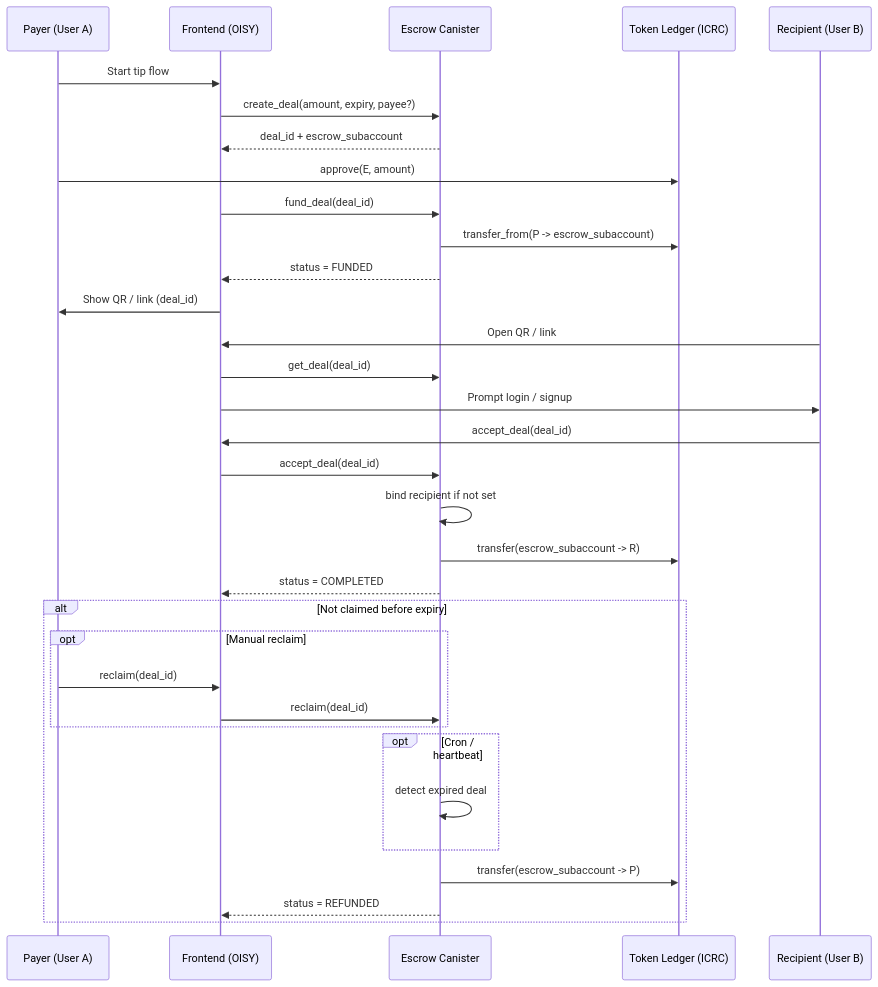
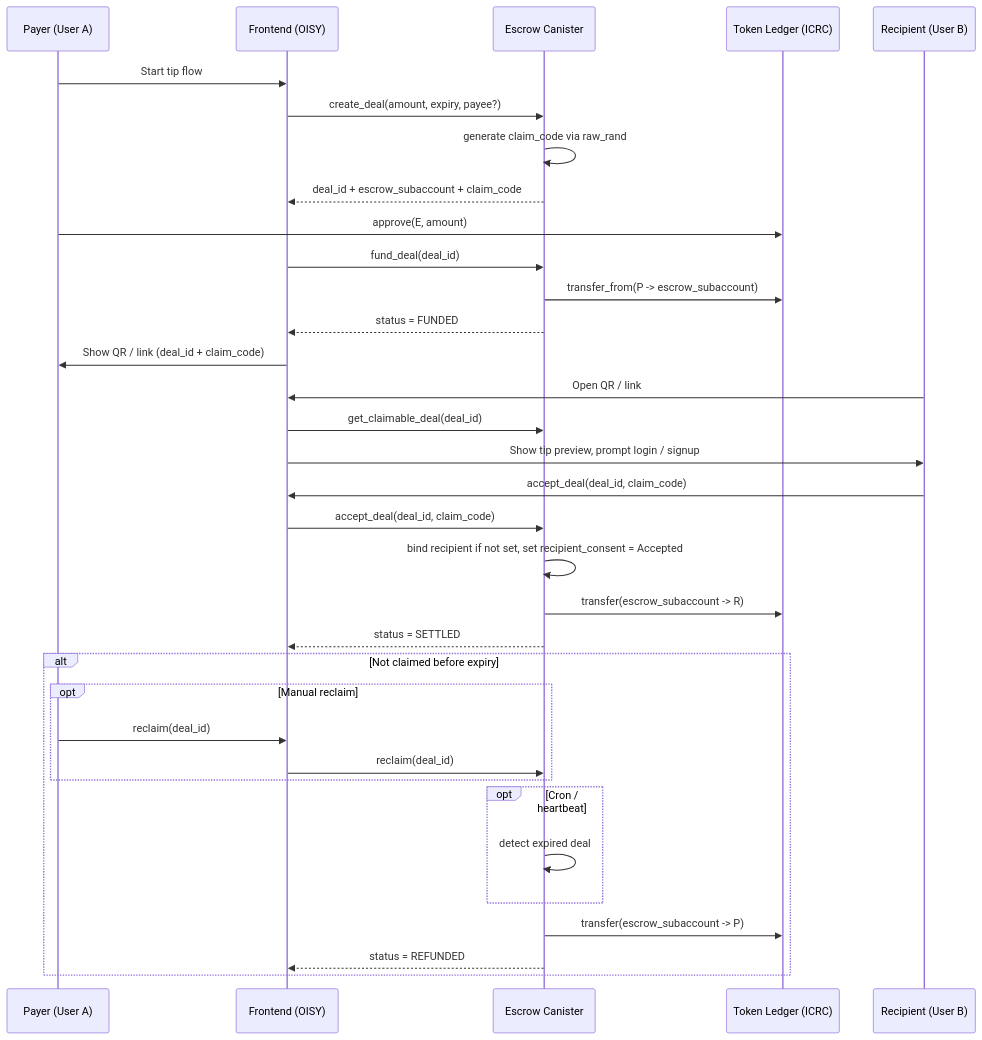
Before and after one commit to dfinity/oisy-wallet: the first of 3 diagrams in TIPS.md, drawn with Mermaid. The commit also changed other lines of this file, not shown here.

````diff
--- a/TIPS.md
+++ b/TIPS.md
@@ -32,50 +50,51 @@
 ```mermaid
 sequenceDiagram
     participant P as Payer (User A)
     participant F as Frontend (OISY)
     participant E as Escrow Canister
     participant L as Token Ledger (ICRC)
     participant R as Recipient (User B)
 
     %% --- CREATE DEAL ---
     P->>F: Start tip flow
     F->>E: create_deal(amount, expiry, payee?)
-    E-->>F: deal_id + escrow_subaccount
+    E->>E: generate claim_code via raw_rand
+    E-->>F: deal_id + escrow_subaccount + claim_code
 
     %% --- FUNDING ---
     P->>L: approve(E, amount)
     F->>E: fund_deal(deal_id)
     E->>L: transfer_from(P -> escrow_subaccount)
     E-->>F: status = FUNDED
 
     %% --- SHARE ---
-    F->>P: Show QR / link (deal_id)
+    F->>P: Show QR / link (deal_id + claim_code)
 
     %% --- CLAIM ---
     R->>F: Open QR / link
-    F->>E: get_deal(deal_id)
-    F->>R: Prompt login / signup
+    F->>E: get_claimable_deal(deal_id)
+    F->>R: Show tip preview, prompt login / signup
 
-    R->>F: accept_deal(deal_id)
-    F->>E: accept_deal(deal_id)
+    R->>F: accept_deal(deal_id, claim_code)
+    F->>E: accept_deal(deal_id, claim_code)
 
     %% --- BIND RECIPIENT ---
-    E->>E: bind recipient if not set
+    E->>E: bind recipient if not set, set recipient_consent = Accepted
 
     %% --- SETTLEMENT ---
     E->>L: transfer(escrow_subaccount -> R)
-    E-->>F: status = COMPLETED
+    E-->>F: status = SETTLED
 
     %% --- EXPIRY PATH ---
     alt Not claimed before expiry
         opt Manual reclaim
             P->>F: reclaim(deal_id)
             F->>E: reclaim(deal_id)
         end
         opt Cron / heartbeat
             E->>E: detect expired deal
         end
         E->>L: transfer(escrow_subaccount -> P)
         E-->>F: status = REFUNDED
     end
 ```
````
